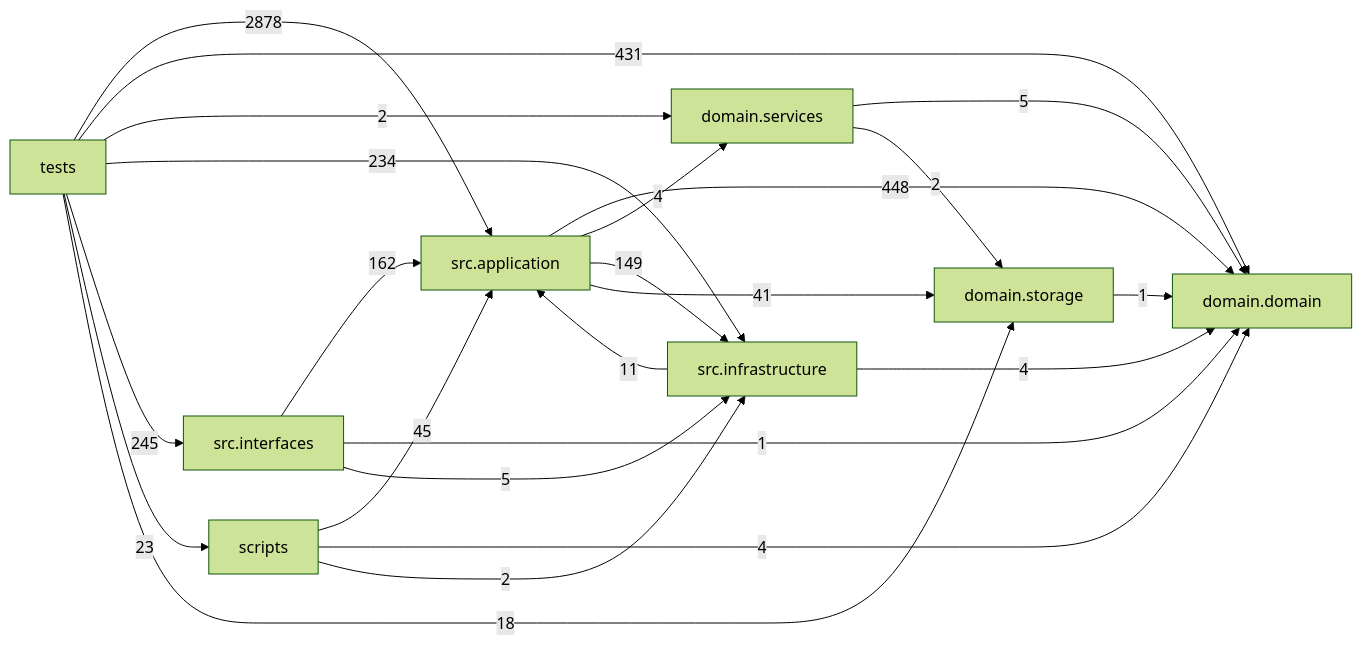
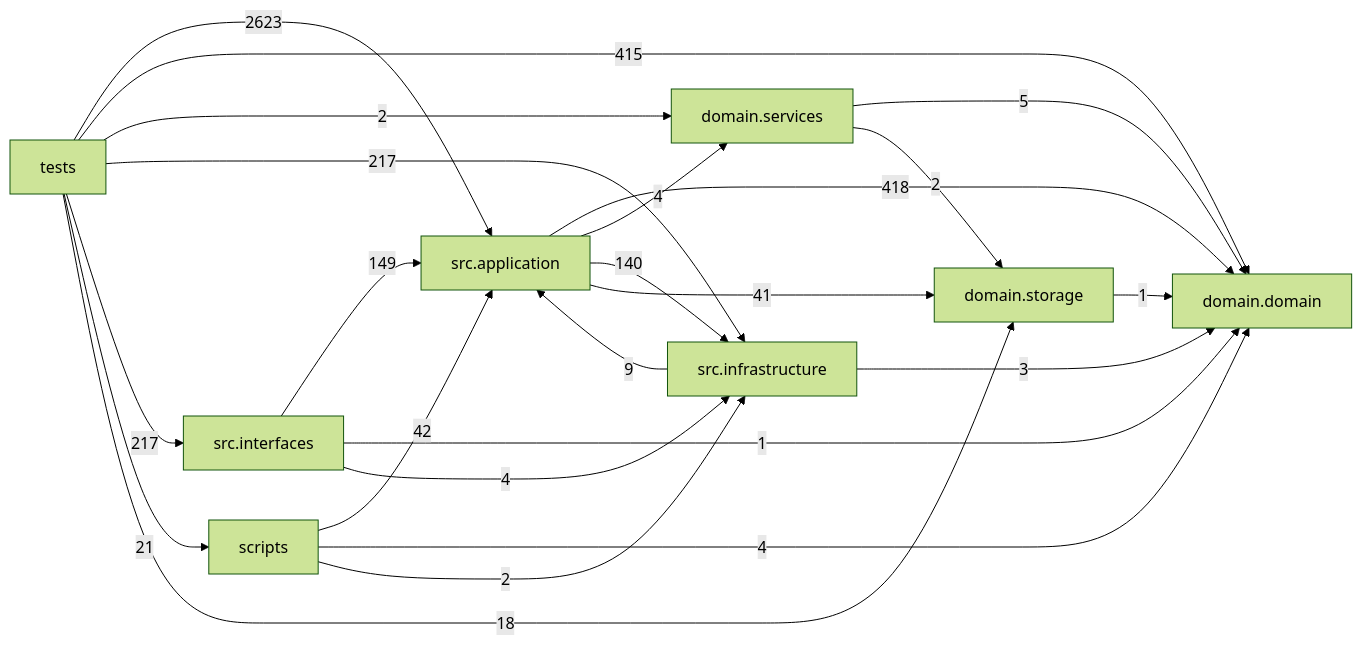
The diagram in docs/DEPENDENCY_GRAPH.md (liuxie066/options-monitor), drawn with Mermaid (forest theme) before and after one commit. The commit also changed other lines of this file and 122 other files, not shown here.

````diff
--- a/docs/DEPENDENCY_GRAPH.md
+++ b/docs/DEPENDENCY_GRAPH.md
@@ -24,33 +24,33 @@
 ```mermaid
 flowchart LR
   tests["tests"]
   scripts["scripts"]
   interfaces["src.interfaces"]
   application["src.application"]
   infrastructure["src.infrastructure"]
   domain_services["domain.services"]
   domain["domain.domain"]
   storage["domain.storage"]
-  application -->|448| domain
+  application -->|418| domain
   application -->|4| domain_services
-  application -->|149| infrastructure
+  application -->|140| infrastructure
   application -->|41| storage
   domain_services -->|5| domain
   domain_services -->|2| storage
-  infrastructure -->|11| application
-  infrastructure -->|4| domain
-  interfaces -->|162| application
+  infrastructure -->|9| application
+  infrastructure -->|3| domain
+  interfaces -->|149| application
   interfaces -->|1| domain
-  interfaces -->|5| infrastructure
-  scripts -->|45| application
+  interfaces -->|4| infrastructure
+  scripts -->|42| application
   scripts -->|4| domain
   scripts -->|2| infrastructure
   storage -->|1| domain
-  tests -->|2878| application
-  tests -->|431| domain
+  tests -->|2623| application
+  tests -->|415| domain
   tests -->|2| domain_services
-  tests -->|234| infrastructure
-  tests -->|245| interfaces
-  tests -->|23| scripts
+  tests -->|217| infrastructure
+  tests -->|217| interfaces
+  tests -->|21| scripts
   tests -->|18| storage
 ```
````
